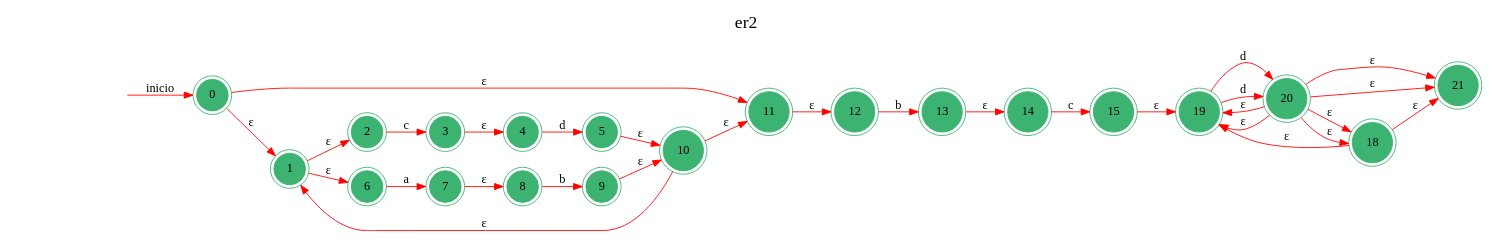
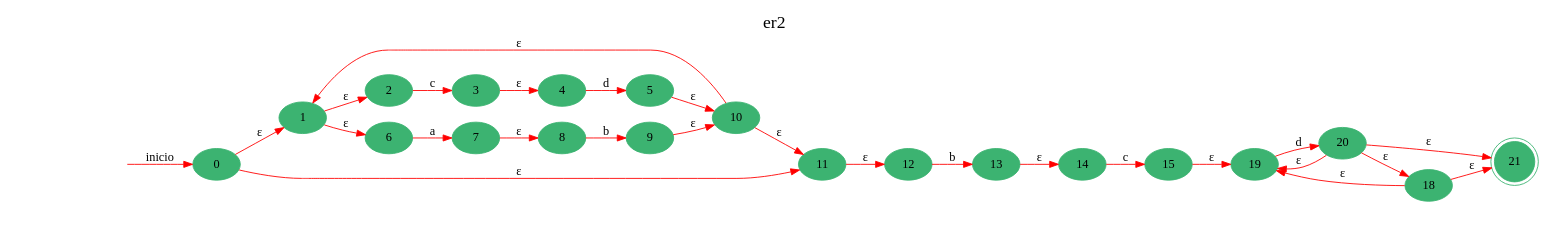
Before and after one commit to jmansilla-2014056/OCL1_1S_2019_201709396: the diagram in bin/Debug/er2.dot, drawn with Graphviz. The commit also changed 69 other files, not shown here.

```diff
--- a/bin/Debug/er2.dot
+++ b/bin/Debug/er2.dot
@@ -1,39 +1,35 @@
 digraph er2 {
 	rankdir=LR;
 	graph [label="er2", labelloc=t, fontsize=20]; 
-	node [shape=doublecircle, style = filled,color = mediumseagreen]; 0 1 2 3 4 5 6 7 8 9 10 11 12 13 14 15 19 20 18 19 20 21;
+	node [style = filled,color = mediumseagreen]; 0 1 2 3 4 5 6 7 8 9 10 11 12 13 14 15 19 20 18 19 20 21;
 	node [shape=circle];
 	node [color=midnightblue,fontcolor=white];
 	edge [color=red];
 	secret_node [style=invis];
 	secret_node -> 0 [label="inicio"];
 	0 -> 1 [label="ε"];
 	0 -> 11 [label="ε"];
 	1 -> 6 [label="ε"];
 	1 -> 2 [label="ε"];
 	2 -> 3 [label="c"];
 	3 -> 4 [label="ε"];
 	4 -> 5 [label="d"];
 	5 -> 10 [label="ε"];
 	6 -> 7 [label="a"];
 	7 -> 8 [label="ε"];
 	8 -> 9 [label="b"];
 	9 -> 10 [label="ε"];
 	10 -> 1 [label="ε"];
 	10 -> 11 [label="ε"];
 	11 -> 12 [label="ε"];
 	12 -> 13 [label="b"];
 	13 -> 14 [label="ε"];
 	14 -> 15 [label="c"];
 	15 -> 19 [label="ε"];
 	19 -> 20 [label="d"];
 	20 -> 19 [label="ε"];
 	20 -> 21 [label="ε"];
 	20 -> 18 [label="ε"];
 	18 -> 19 [label="ε"];
 	18 -> 21 [label="ε"];
-	19 -> 20 [label="d"];
-	20 -> 19 [label="ε"];
-	20 -> 21 [label="ε"];
-	20 -> 18 [label="ε"];
-}
+21[shape=doublecircle]}
```
